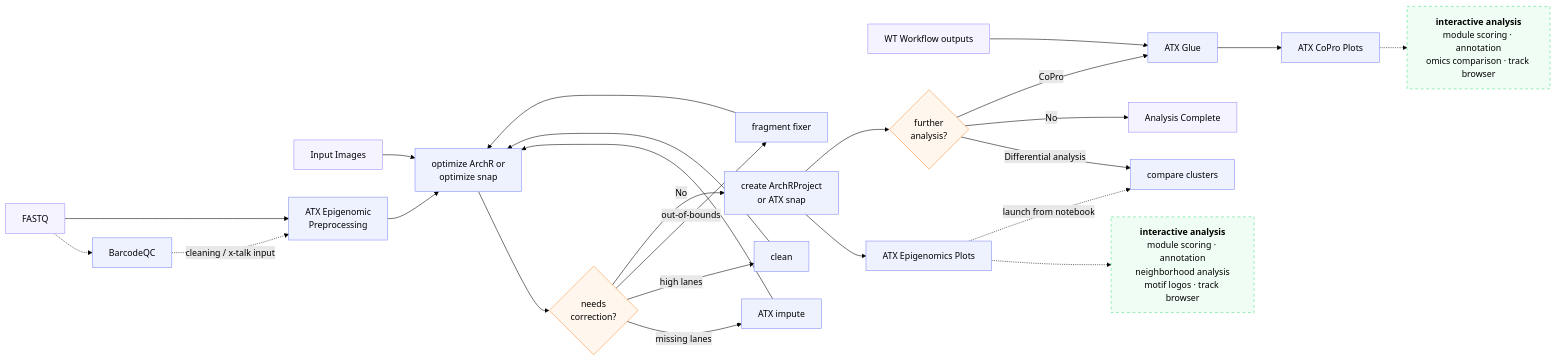
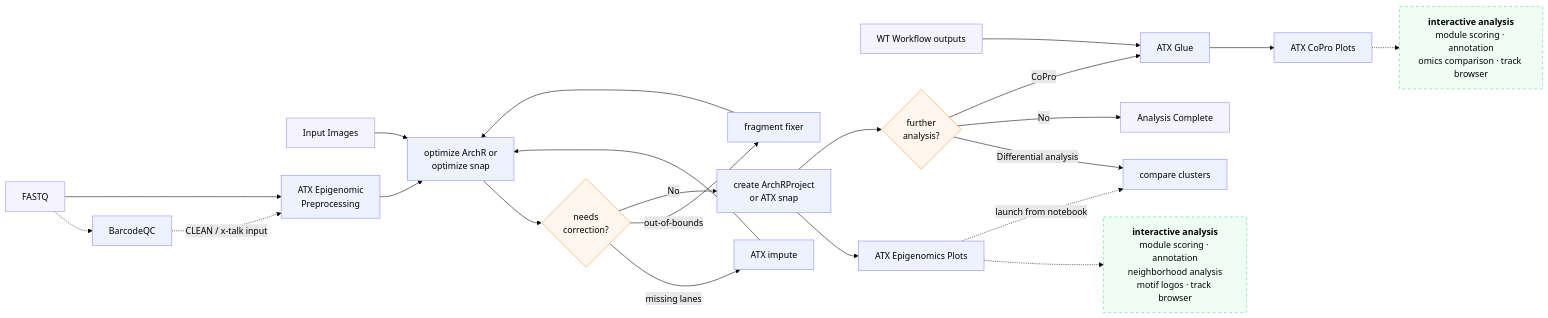
Before and after one commit to atlasxomics/atx-docs: the diagram in docs/epigenomics/index.md, drawn with Mermaid (forest theme). The commit also changed other lines of this file and 12 other files, not shown here.

````diff
--- a/docs/epigenomics/index.md
+++ b/docs/epigenomics/index.md
@@ -9,50 +9,48 @@
 ```mermaid
 flowchart LR
     FASTQ["FASTQ"]:::startend
     IMG["Input Images"]:::startend
     WT["WT Workflow outputs"]:::startend
 
     BQC[BarcodeQC]:::process
     PRE[ATX Epigenomic<br/>Preprocessing]:::process
     OPT[optimize ArchR or<br/>optimize snap]:::process
     IMP[ATX impute]:::process
-    CLN[clean]:::process
     FF[fragment fixer]:::process
     SEC[create ArchRProject<br/>or ATX snap]:::process
     PLOTS[ATX Epigenomics Plots]:::process
     CMP[compare clusters]:::process
     GLUE[ATX Glue]:::process
     COPRO[ATX CoPro Plots]:::process
     DONE[Analysis Complete]:::startend
 
     NC{needs<br/>correction?}:::decision
     FA{further<br/>analysis?}:::decision
 
     IA1["<b>interactive analysis</b><br/>module scoring · annotation<br/>neighborhood analysis<br/>motif logos · track browser"]:::interactive
     IA2["<b>interactive analysis</b><br/>module scoring · annotation<br/>omics comparison · track browser"]:::interactive
 
     FASTQ -.-> BQC
     FASTQ --> PRE
-    BQC -. cleaning / x-talk input .-> PRE
+    BQC -. CLEAN / x-talk input .-> PRE
     PRE --> OPT
     IMG --> OPT
     OPT --> NC
     NC -- missing lanes --> IMP --> OPT
-    NC -- high lanes --> CLN --> OPT
     NC -- out-of-bounds --> FF --> OPT
     NC -- No --> SEC
     SEC --> PLOTS
     SEC --> FA
     PLOTS -.-> IA1
     PLOTS -. launch from notebook .-> CMP
     FA -- Differential analysis --> CMP
     FA -- No --> DONE
     FA -- CoPro --> GLUE
     WT --> GLUE
     GLUE --> COPRO -.-> IA2
 
     classDef process stroke:#818cf8,fill:#eef2ff
     classDef decision stroke:#fb923c,fill:#fff7ed
     classDef interactive stroke:#4ade80,fill:#f0fdf4,stroke-dasharray: 5 5
     classDef startend stroke:#a78bfa,fill:#f5f3ff
 ```
````
